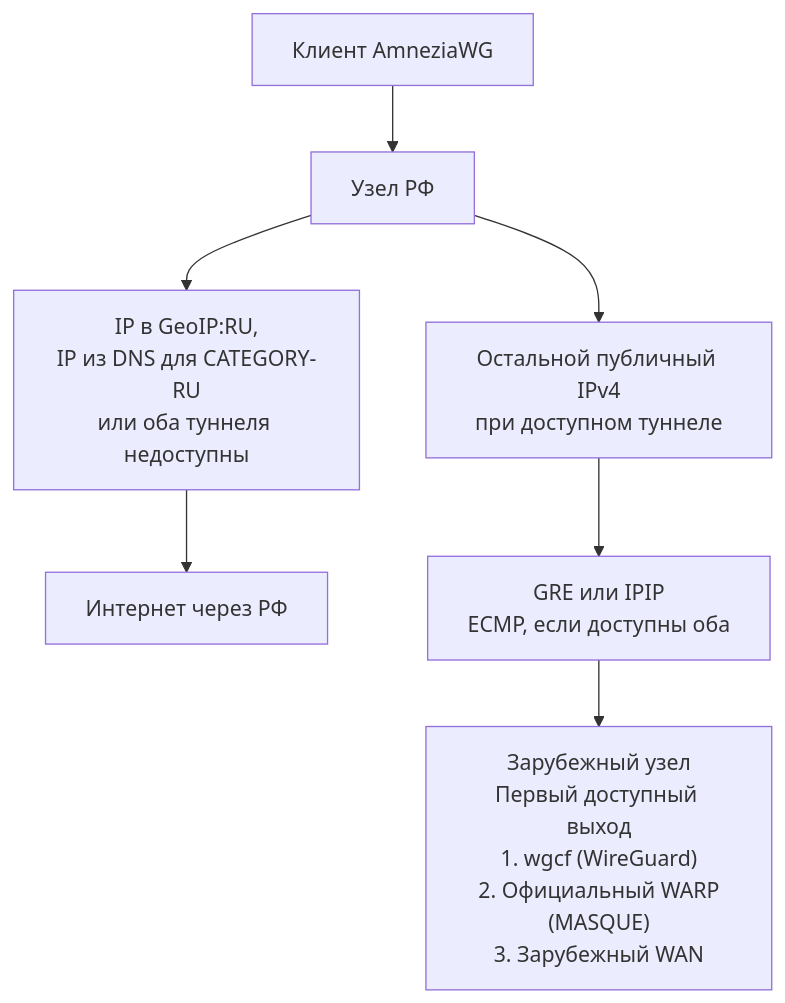
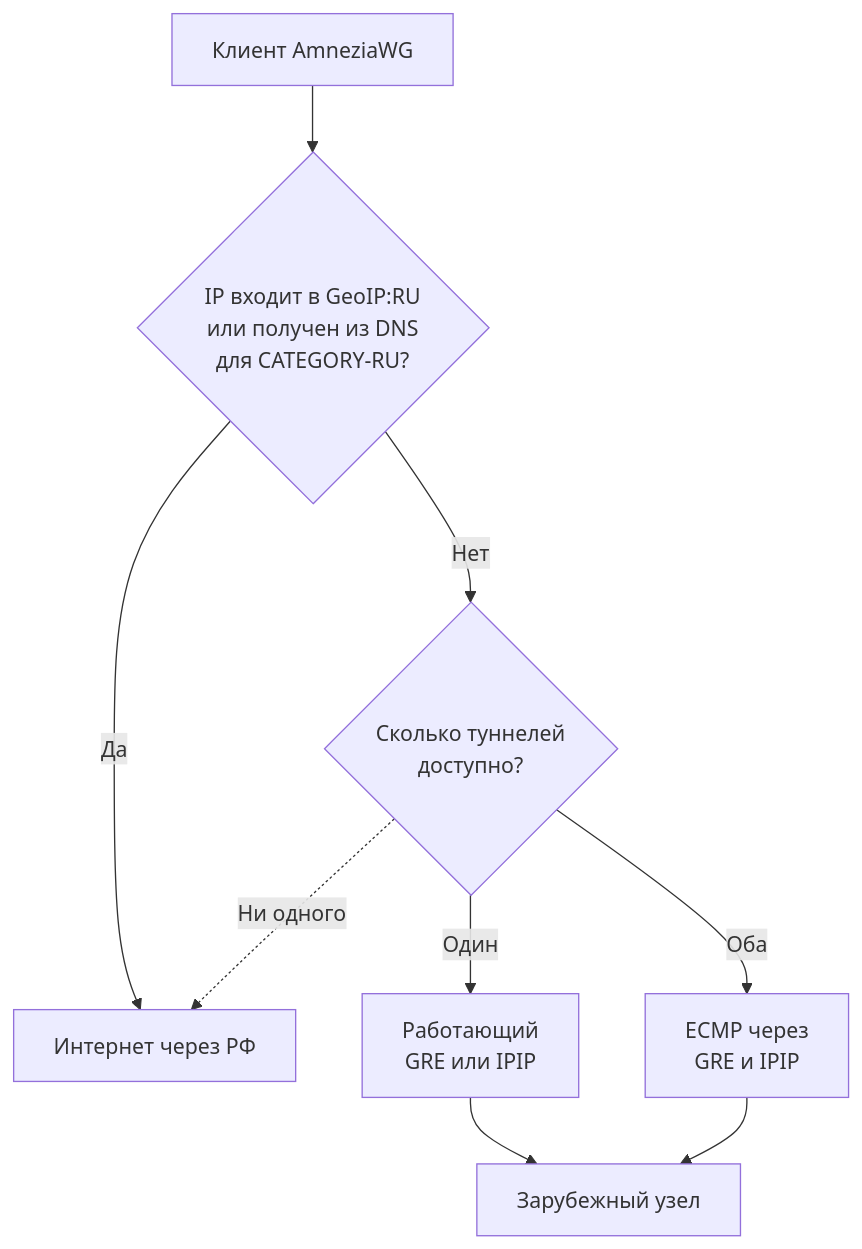
The first of 2 diagrams in README.md (MeJIuFaRo/awg-ru-jump), drawn with Mermaid before and after one commit. The commit also changed other lines of this file, not shown here.

Commit message:
Показать условия выбора туннеля и выхода WARP на отдельных схемах

````diff
--- a/README.md
+++ b/README.md
@@ -49,9 +51,11 @@
 ```mermaid
 flowchart TD
-    client["Клиент AmneziaWG"] --> ingress["Узел РФ"]
-    ingress --> direct["IP в GeoIP:RU,<br/>IP из DNS для CATEGORY-RU<br/>или оба туннеля недоступны"]
-    ingress --> transit["Остальной публичный IPv4<br/>при доступном туннеле"]
-    direct --> ru_wan["Интернет через РФ"]
-    transit --> overlay["GRE или IPIP<br/>ECMP, если доступны оба"]
-    overlay --> egress["Зарубежный узел<br/>Первый доступный выход<br/>1. wgcf (WireGuard)<br/>2. Официальный WARP<br/>(MASQUE)<br/>3. Зарубежный WAN"]
+    client["Клиент AmneziaWG"] --> geo{"IP входит в GeoIP:RU<br/>или получен из DNS<br/>для CATEGORY-RU?"}
+    geo -->|Да| direct["Интернет через РФ"]
+    geo -->|Нет| tunnels{"Сколько туннелей<br/>доступно?"}
+    tunnels -.->|Ни одного| direct
+    tunnels -->|Один| single["Работающий<br/>GRE или IPIP"]
+    tunnels -->|Оба| ecmp["ECMP через<br/>GRE и IPIP"]
+    single --> exit_node["Зарубежный узел"]
+    ecmp --> exit_node
 ```
````
